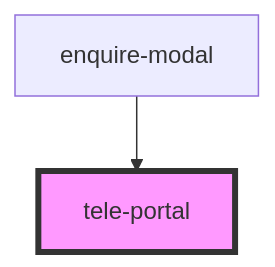
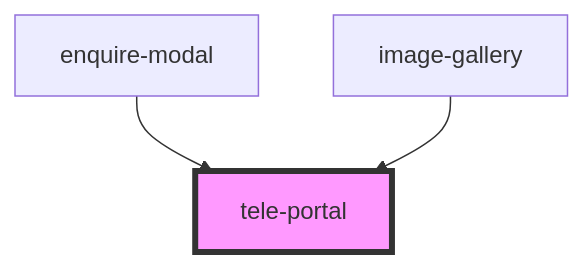
The diagram in src/components/tele-portal/readme.md (the-design-release/leibal-components), drawn with Mermaid before and after one commit. The commit also changed other lines of this file and 6 other files, not shown here.

Commit message:
:hammer: Add image-gallery-link and event listener to open the gallery  from anywhere on the page

````diff
--- a/src/components/tele-portal/readme.md
+++ b/src/components/tele-portal/readme.md
@@ -15,5 +16,6 @@
 ```mermaid
 graph TD;
   enquire-modal --> tele-portal
+  image-gallery --> tele-portal
   style tele-portal fill:#f9f,stroke:#333,stroke-width:4px
 ```
````
